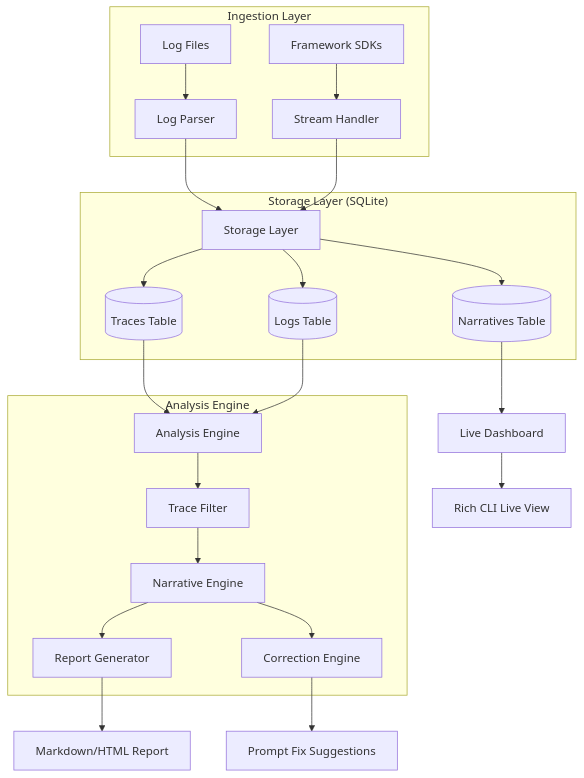
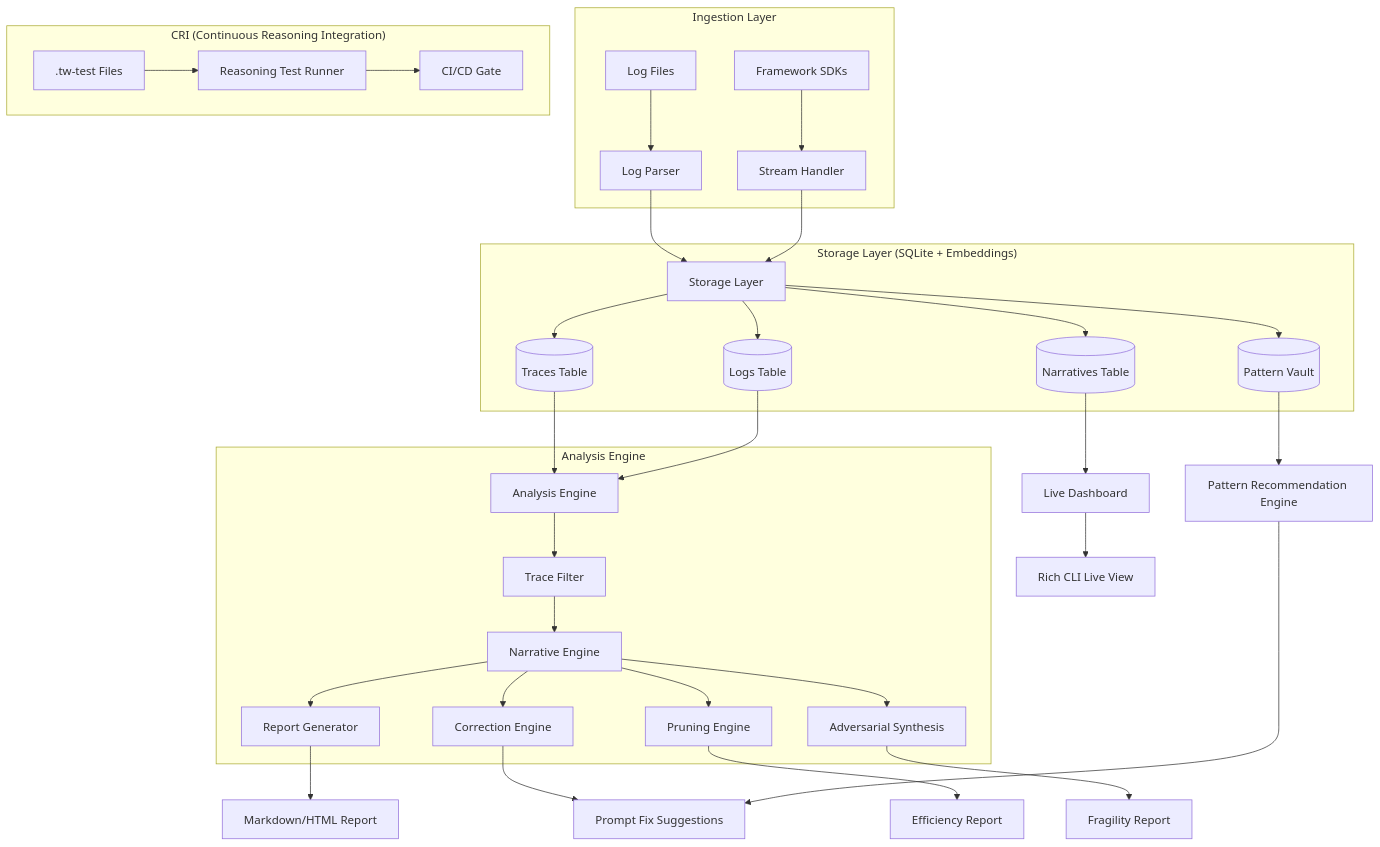
Before and after one commit to prof-lijar/tiny-company: the diagram in docs/technical-architecture.md, drawn with Mermaid. The commit also changed other lines of this file and 6 other files, not shown here.

Commit message:
[CTO] Implement v2.3 Intelligence Layer Core Architecture (#217)

````diff
--- a/docs/technical-architecture.md
+++ b/docs/technical-architecture.md
@@ -18,30 +24,42 @@
 ```mermaid
 graph TD
     subgraph "Ingestion Layer"
         A[Log Files] --> B[Log Parser]
         C[Framework SDKs] --> D[Stream Handler]
     end
 
     B --> E[Storage Layer]
     D --> E[Storage Layer]
 
-    subgraph "Storage Layer (SQLite)"
+    subgraph "Storage Layer (SQLite + Embeddings)"
         E --> E1[(Traces Table)]
         E --> E2[(Logs Table)]
         E --> E3[(Narratives Table)]
+        E --> E4[(Pattern Vault)]
     end
 
     E1 & E2 --> F[Analysis Engine]
     E3 --> G[Live Dashboard]
 
     subgraph "Analysis Engine"
         F --> F1[Trace Filter]
         F1 --> F2[Narrative Engine]
         F2 --> F3[Report Generator]
         F2 --> F4[Correction Engine]
+        F2 --> F5[Pruning Engine]
+        F2 --> F6[Adversarial Synthesis]
     end
 
     F3 --> H[Markdown/HTML Report]
     F4 --> I[Prompt Fix Suggestions]
-    G --> J[Rich CLI Live View]
+    F5 --> J[Efficiency Report]
+    F6 --> K[Fragility Report]
+    E4 --> L[Pattern Recommendation Engine]
+    L --> I
+    
+    subgraph "CRI (Continuous Reasoning Integration)"
+        M[.tw-test Files] --> N[Reasoning Test Runner]
+        N --> O[CI/CD Gate]
+    end
+    G --> P[Rich CLI Live View]
 ```
````
